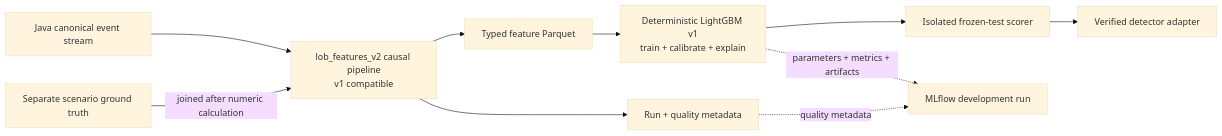
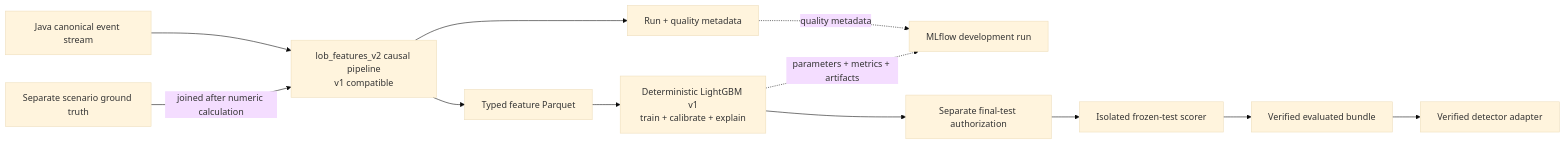
Before and after one commit to khab40/lob-arena: the third of 9 diagrams in docs/architecture.md, drawn with Mermaid (base theme). The commit also changed other lines of this file and 166 other files, not shown here.

First line of the commit message:
docs: reconcile ML lifecycle, roadmap and documentation structure (#208)

````diff
--- a/docs/architecture.md
+++ b/docs/architecture.md
@@ -183,22 +202,24 @@
 ```mermaid
 graph LR
     Canonical["Java canonical event stream"]
     Feature["lob_features_v2 causal pipeline<br/>v1 compatible"]
     Truth["Separate scenario ground truth"]
     Parquet["Typed feature Parquet"]
     Quality["Run + quality metadata"]
     Trainer["Deterministic LightGBM v1<br/>train + calibrate + explain"]
     Test["Isolated frozen-test scorer"]
     Adapter["Verified detector adapter"]
     MLflow["MLflow development run"]
 
     Canonical --> Feature
     Truth -->|"joined after numeric calculation"| Feature
     Feature --> Parquet
     Feature --> Quality
     Parquet --> Trainer
-    Trainer --> Test
-    Test --> Adapter
+    Trainer --> Gate["Separate final-test authorization"]
+    Gate --> Test
+    Test --> Bundle["Verified evaluated bundle"]
+    Bundle --> Adapter
     Quality -. "quality metadata" .-> MLflow
     Trainer -. "parameters + metrics + artifacts" .-> MLflow
 ```
````
